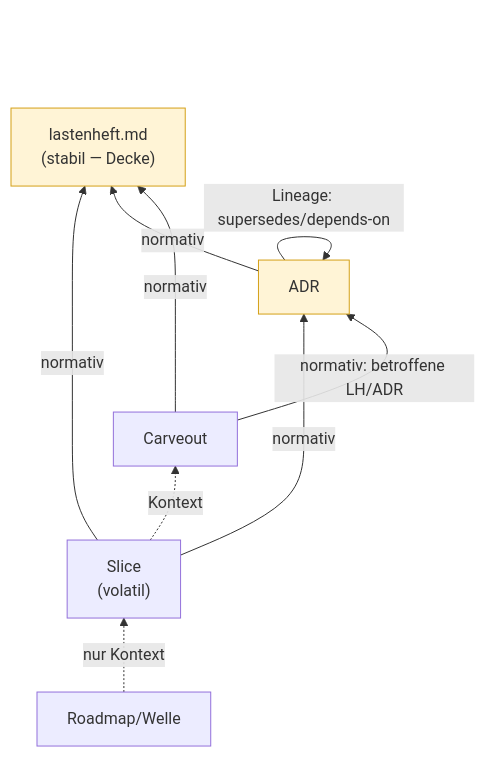
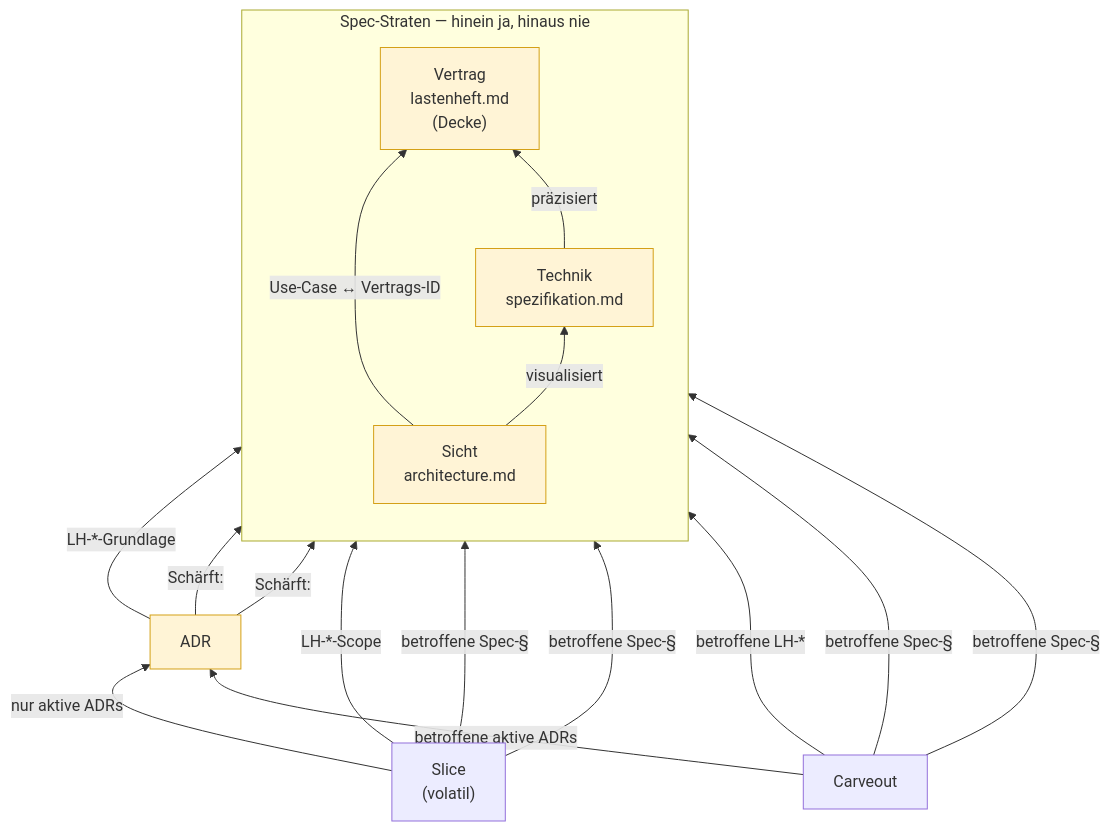
One commit to pt9912/ai-harness-course changed the third of 6 diagrams in kurs/de/grundlagen/konventionen.md. Above: the diagram before and after it, drawn with Mermaid. The commit also changed other lines of this file and 49 other files, not shown here.

First line of the commit message:
feat(kurs+regelwerk+templates+example): Spec-Straten obligatorisch, Matrix 8x8, Modul 3/4 neu geschnitten

````diff
--- a/kurs/de/grundlagen/konventionen.md
+++ b/kurs/de/grundlagen/konventionen.md
@@ -344,13 +363,24 @@
 ```mermaid
 flowchart BT
-    S["Slice<br/>(volatil)"] -->|normativ| A["ADR"]
-    S -->|normativ| L["lastenheft.md<br/>(stabil — Decke)"]
-    A -->|normativ| L
-    A -->|Lineage: supersedes/depends-on| A
-    C["Carveout"] -->|normativ: betroffene LH/ADR| A
-    C -->|normativ| L
-    S -. Kontext .-> C
-    R["Roadmap/Welle"] -. nur Kontext .-> S
+    subgraph SPEC["Spec-Straten — hinein ja, hinaus nie"]
+        direction BT
+        V["Sicht<br/>architecture.md"] -->|visualisiert| T["Technik<br/>spezifikation.md"]
+        V -->|"Use-Case ↔ Vertrags-ID"| L["Vertrag<br/>lastenheft.md<br/>(Decke)"]
+        T -->|präzisiert| L
+    end
+    A["ADR"] -->|"LH-*-Grundlage"| L
+    A -->|"Schärft:"| T
+    A -->|"Schärft:"| V
+    S["Slice<br/>(volatil)"] -->|"LH-*-Scope"| L
+    S -->|"betroffene Spec-§"| T
+    S -->|"betroffene Spec-§"| V
+    S -->|"nur aktive ADRs"| A
+    C["Carveout"] -->|"betroffene LH-*"| L
+    C -->|"betroffene Spec-§"| T
+    C -->|"betroffene Spec-§"| V
+    C -->|"betroffene aktive ADRs"| A
     style L fill:#fff4d6,stroke:#d4a017
+    style T fill:#fff4d6,stroke:#d4a017
+    style V fill:#fff4d6,stroke:#d4a017
     style A fill:#fff4d6,stroke:#d4a017
 ```
````
